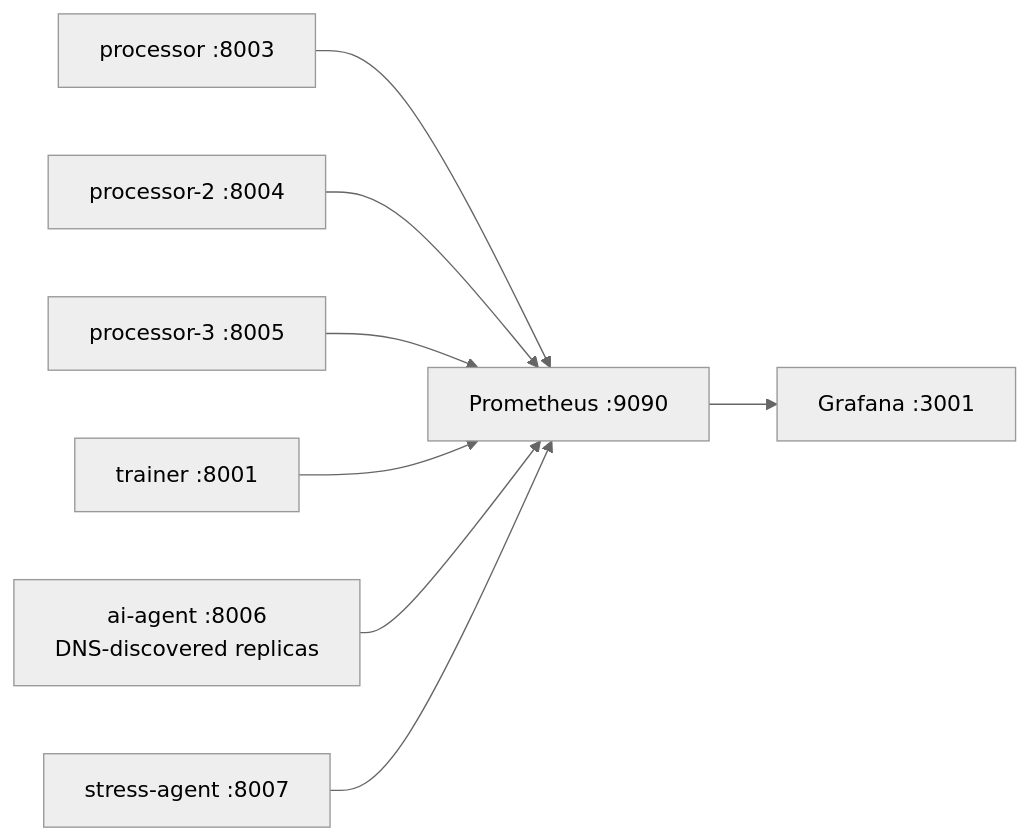
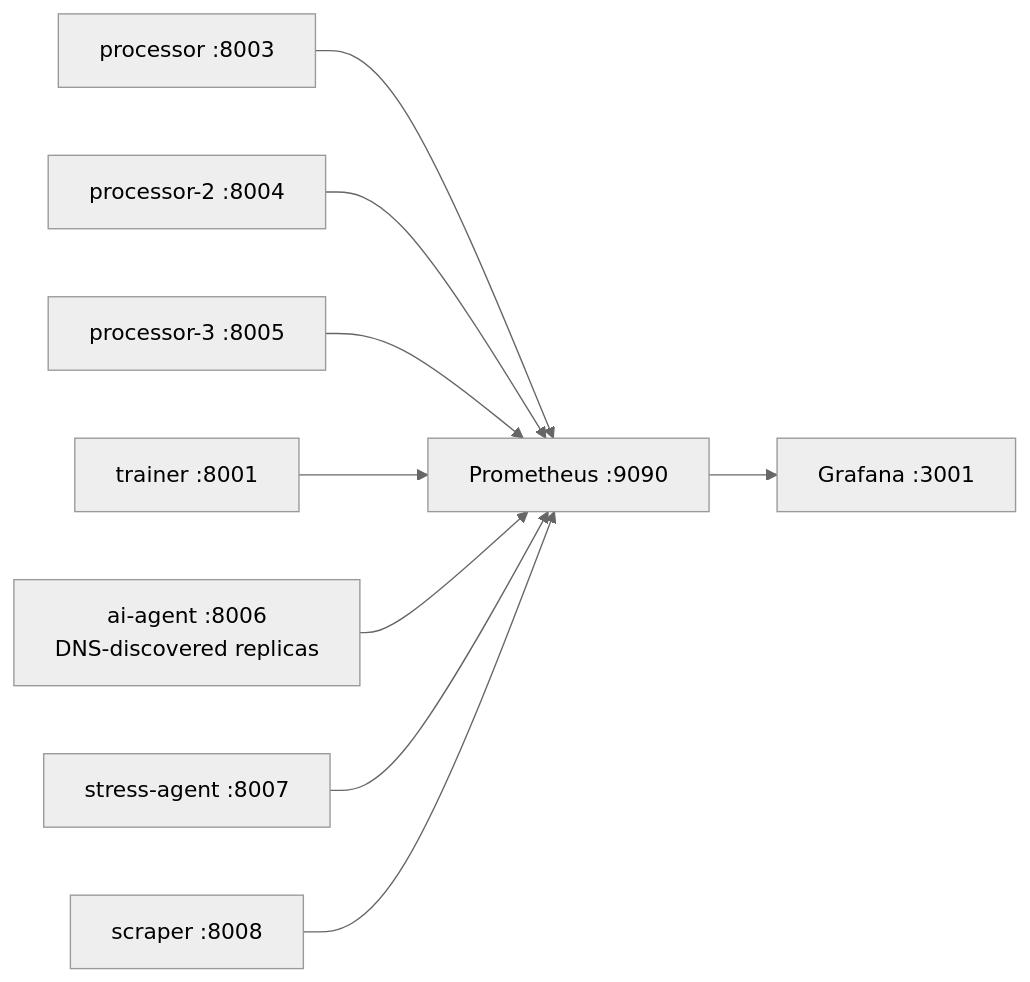
The diagram in docs/MONITORING_AND_ALERTING.md (pnguyn183/real-estate-ml-system), drawn with Mermaid (neutral theme) before and after one commit. The commit also changed other lines of this file and 25 other files, not shown here.

````diff
--- a/docs/MONITORING_AND_ALERTING.md
+++ b/docs/MONITORING_AND_ALERTING.md
@@ -9,10 +9,11 @@
 ```mermaid
 flowchart LR
   Processor1[processor :8003] --> Prom[Prometheus :9090]
   Processor2[processor-2 :8004] --> Prom
   Processor3[processor-3 :8005] --> Prom
   Trainer[trainer :8001] --> Prom
   AI[ai-agent :8006<br/>DNS-discovered replicas] --> Prom
   Stress[stress-agent :8007] --> Prom
+  Scraper[scraper :8008] --> Prom
   Prom --> Grafana[Grafana :3001]
 ```
````
